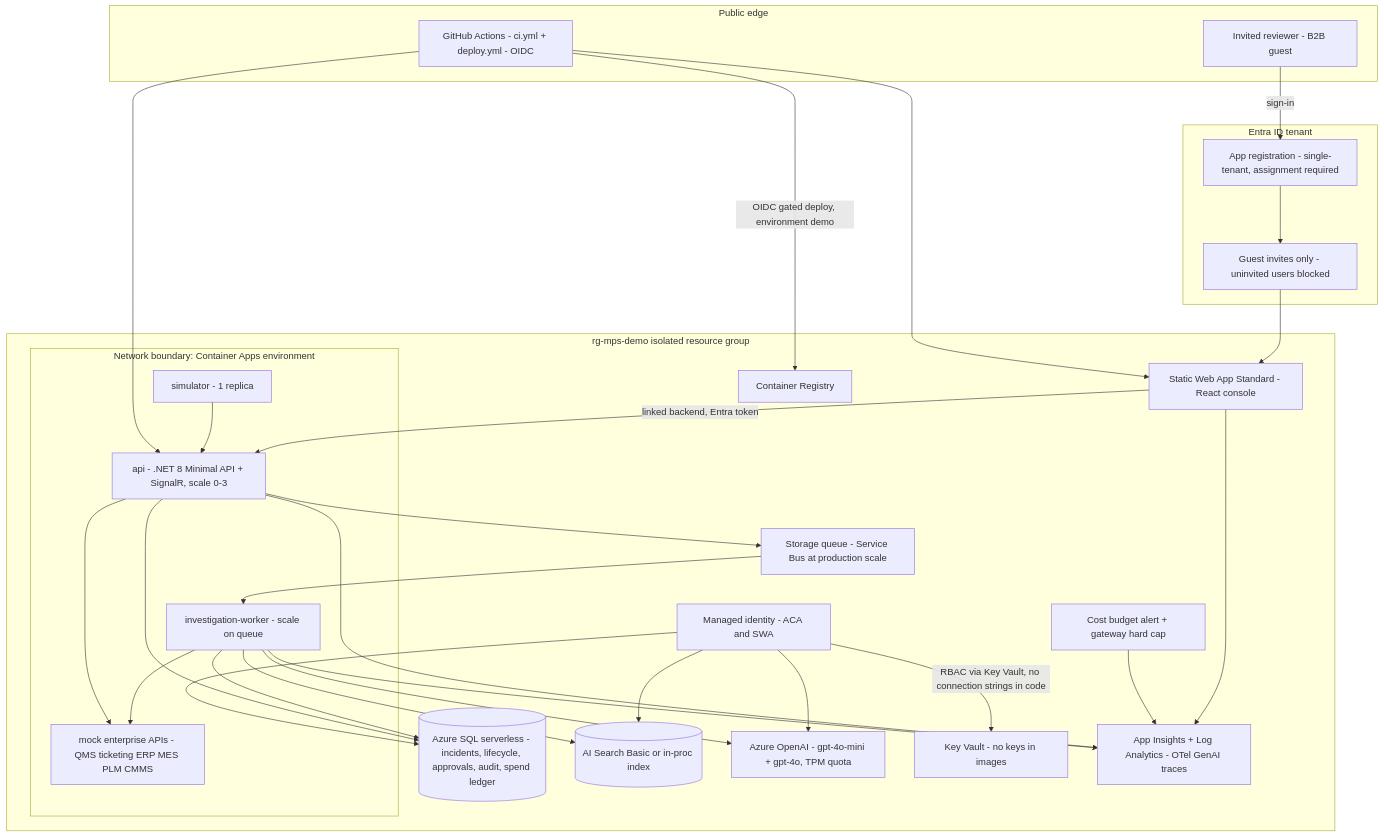
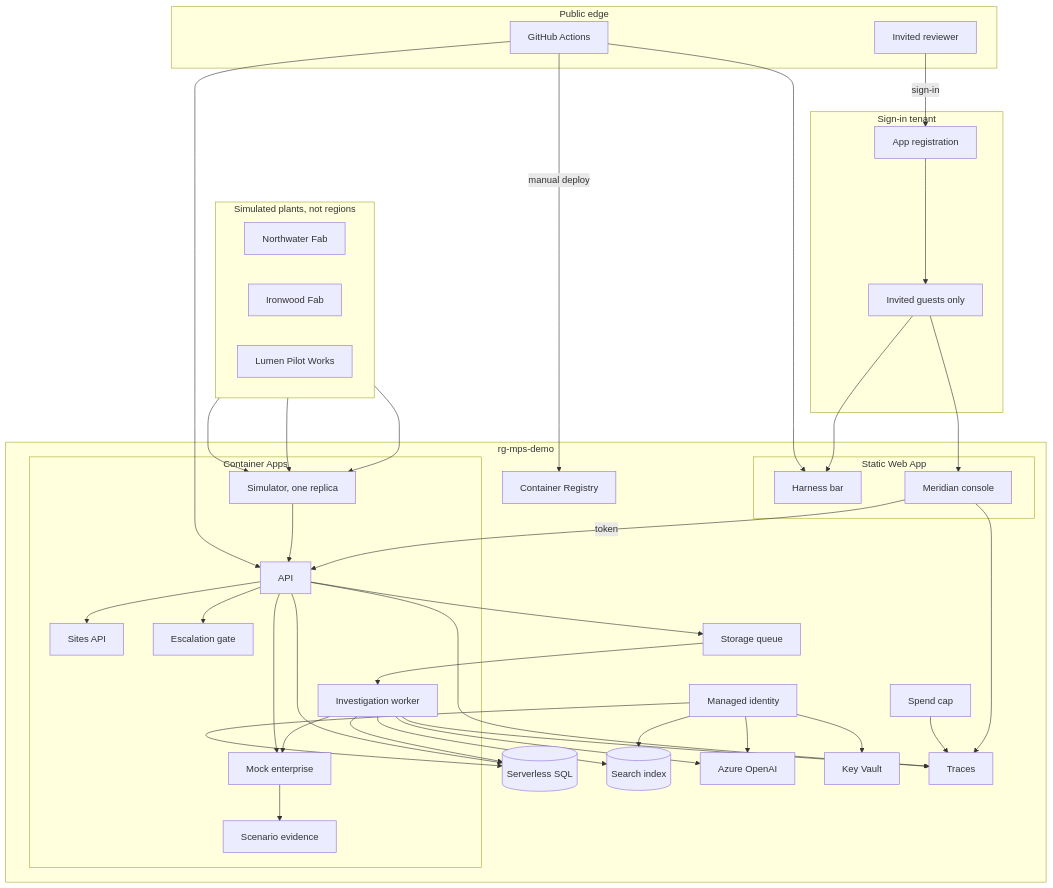
Before and after one commit to ccc-bcweis/mps-quality-agents: the diagram in docs/diagrams/physical.md, drawn with Mermaid. The commit also changed other lines of this file and 39 other files, not shown here.

First line of the commit message:
Diagrams and deck outline: three plants, harness versus console

````diff
--- a/docs/diagrams/physical.md
+++ b/docs/diagrams/physical.md
@@ -12,60 +12,81 @@
 ```mermaid
 flowchart TB
-  subgraph Public["Public edge"]
-    REV["Invited reviewer - B2B guest"]
-    GH["GitHub Actions - ci.yml + deploy.yml - OIDC"]
+  subgraph Plants["Simulated plants, not regions"]
+    direction LR
+    NW["Northwater Fab"]
+    IW["Ironwood Fab"]
+    LM["Lumen Pilot Works"]
   end
 
-  subgraph IdP["Entra ID tenant"]
-    APP["App registration - single-tenant, assignment required"]
-    GUESTS["Guest invites only - uninvited users blocked"]
+  subgraph Public["Public edge"]
+    REV["Invited reviewer"]
+    GH["GitHub Actions"]
+  end
+
+  subgraph IdP["Sign-in tenant"]
+    APP["App registration"]
+    GUESTS["Invited guests only"]
   end
 
   REV -->|sign-in| APP
   APP --> GUESTS
-  GUESTS --> SWA
 
-  subgraph RG["rg-mps-demo isolated resource group"]
-    subgraph Net["Network boundary: Container Apps environment"]
-      APIc["api - .NET 8 Minimal API + SignalR, scale 0-3"]
-      WRK["investigation-worker - scale on queue"]
-      SIMc["simulator - 1 replica"]
-      MOCK["mock enterprise APIs - QMS ticketing ERP MES PLM CMMS"]
+  subgraph RG["rg-mps-demo"]
+    subgraph Edge["Static Web App"]
+      HRN["Harness bar"]
+      CON["Meridian console"]
     end
 
-    SWA["Static Web App Standard - React console"]
-    Q["Storage queue - Service Bus at production scale"]
-    SQL[("Azure SQL serverless - incidents, lifecycle, approvals, audit, spend ledger")]
-    SRCH[("AI Search Basic or in-proc index")]
-    AOAI["Azure OpenAI - gpt-4o-mini + gpt-4o, TPM quota"]
-    KV["Key Vault - no keys in images"]
-    MI["Managed identity - ACA and SWA"]
-    AI["App Insights + Log Analytics - OTel GenAI traces"]
-    BUD["Cost budget alert + gateway hard cap"]
+    subgraph Net["Container Apps"]
+      APIc["API"]
+      SITES["Sites API"]
+      EGATE["Escalation gate"]
+      WRK["Investigation worker"]
+      SIMc["Simulator, one replica"]
+      MOCK["Mock enterprise"]
+      EVD["Scenario evidence"]
+    end
+
+    Q["Storage queue"]
+    SQL[("Serverless SQL")]
+    SRCH[("Search index")]
+    AOAI["Azure OpenAI"]
+    KV["Key Vault"]
+    MI["Managed identity"]
+    AI["Traces"]
+    BUD["Spend cap"]
     ACR["Container Registry"]
   end
 
-  SWA -->|linked backend, Entra token| APIc
+  GUESTS --> HRN
+  GUESTS --> CON
+  CON -->|token| APIc
+  NW --> SIMc
+  IW --> SIMc
+  LM --> SIMc
+  APIc --> SITES
+  APIc --> EGATE
   APIc --> Q
   Q --> WRK
   SIMc --> APIc
   WRK --> AOAI
   WRK --> SRCH
   WRK --> SQL
   WRK --> MOCK
+  MOCK --> EVD
   APIc --> SQL
   APIc --> MOCK
 
-  MI -->|RBAC via Key Vault, no connection strings in code| KV
+  MI --> KV
   MI --> AOAI
   MI --> SQL
   MI --> SRCH
   APIc --> AI
   WRK --> AI
-  SWA --> AI
+  CON --> AI
   BUD --> AI
 
-  GH -->|OIDC gated deploy, environment demo| ACR
+  GH -->|manual deploy| ACR
   GH --> APIc
-  GH --> SWA
+  GH --> HRN
 ```
````
